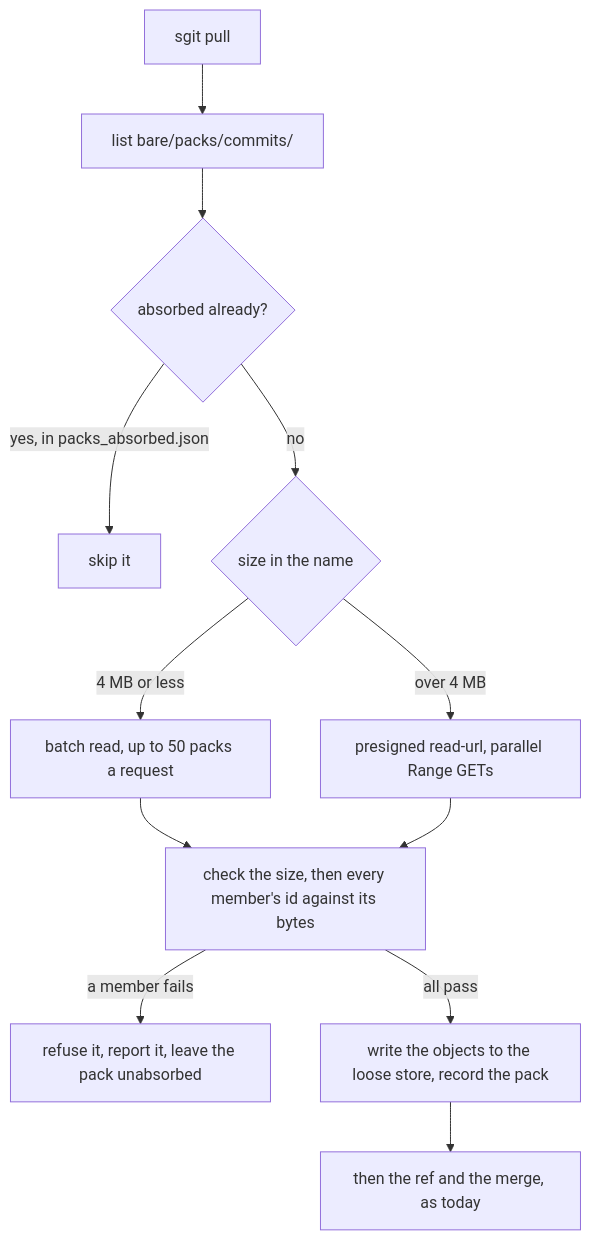
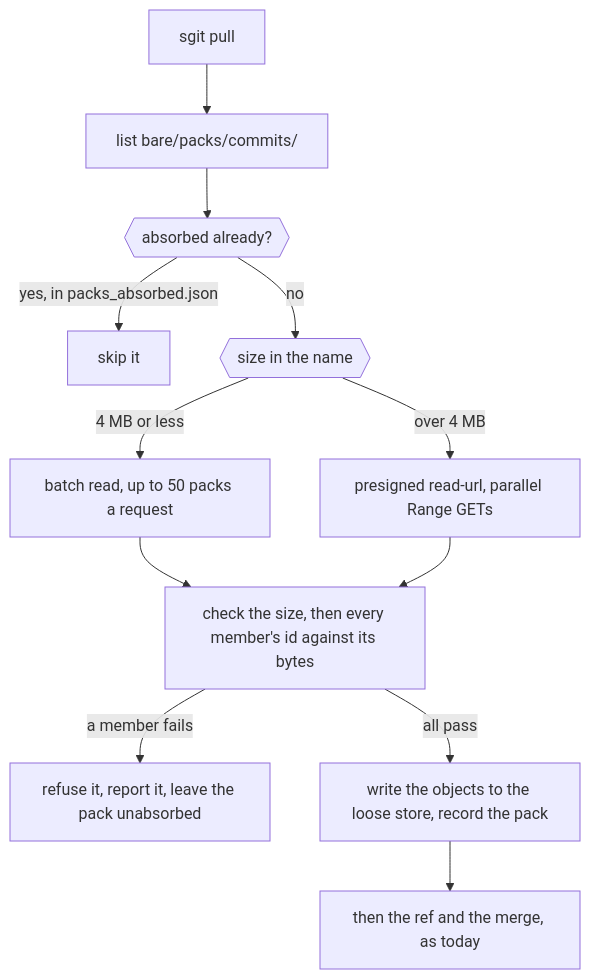
Before and after one commit to SGit-AI/SGit-AI__Website__Cli: the second of 6 diagrams in articles/a-pack-per-push.md, drawn with Mermaid. The commit also changed other lines of this file and 27 other files, not shown here.

First line of the commit message:
site v0.2.4: diagrams at a readable size

````diff
--- a/articles/a-pack-per-push.md
+++ b/articles/a-pack-per-push.md
@@ -107,15 +107,15 @@
 ```mermaid
 %% A pull in pack mode: one listing, the packs this clone has not absorbed, each verified member by member before anything is written.
 flowchart TD
     A[sgit pull] --> B[list bare/packs/commits/]
-    B --> C{absorbed already?}
+    B --> C{{absorbed already?}}
     C -- yes, in packs_absorbed.json --> D[skip it]
-    C -- no --> E{size in the name}
+    C -- no --> E{{size in the name}}
     E -- 4 MB or less --> F[batch read, up to 50 packs a request]
     E -- over 4 MB --> G[presigned read-url, parallel Range GETs]
     F --> H[check the size, then every member's id against its bytes]
     G --> H
     H -- a member fails --> I[refuse it, report it, leave the pack unabsorbed]
     H -- all pass --> J[write the objects to the loose store, record the pack]
     J --> K[then the ref and the merge, as today]
 ```
````
